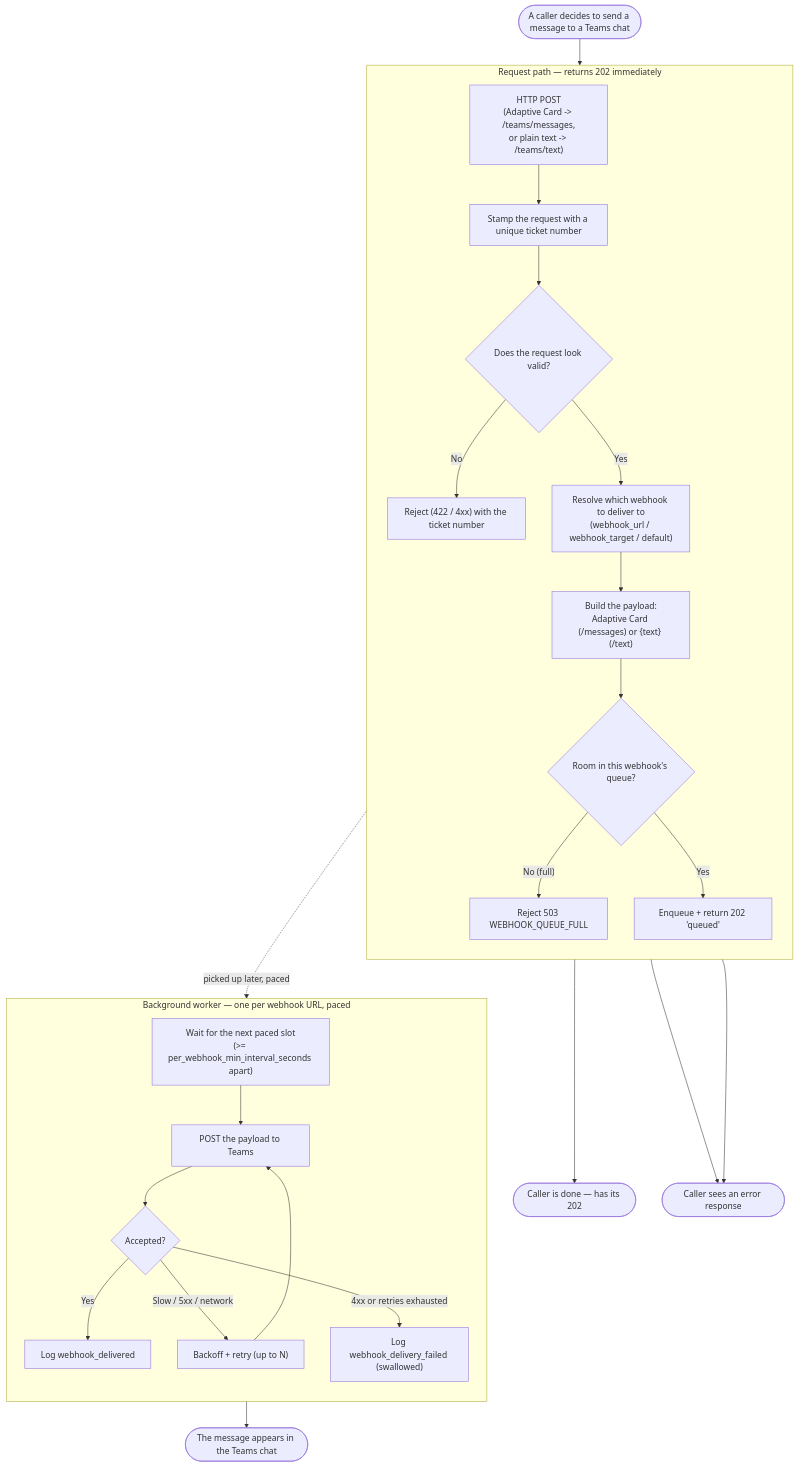
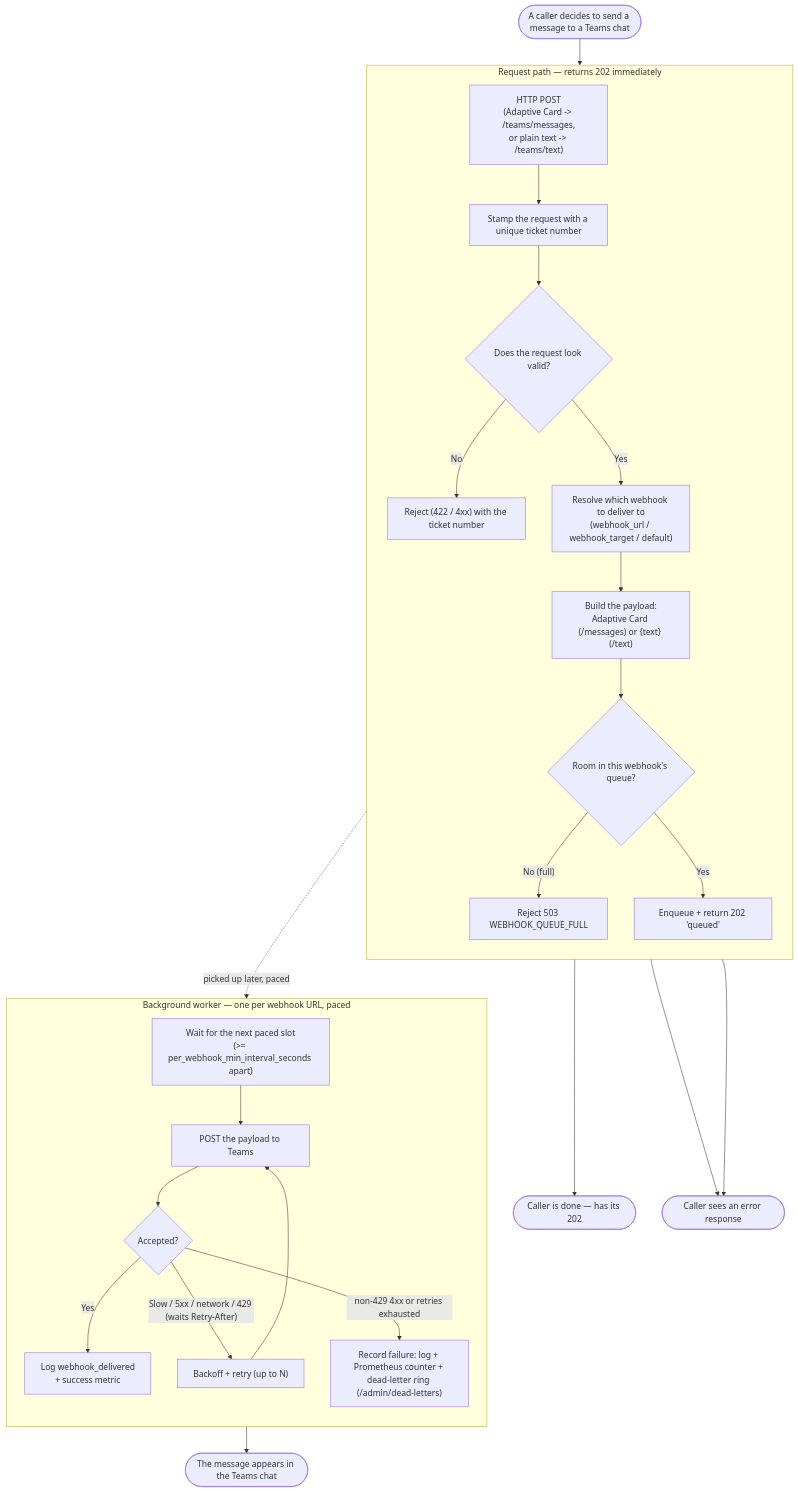
Before and after one commit to AnsImran/instant_messages_microservice: the first of 2 diagrams in README.md, drawn with Mermaid. The commit also changed other lines of this file, not shown here.

````diff
--- a/README.md
+++ b/README.md
@@ -20,35 +20,35 @@
 ```mermaid
 flowchart TD
     start(["A caller decides to send a message to a Teams chat"])
     start --> post["HTTP POST<br/>(Adaptive Card -> /teams/messages,<br/>or plain text -> /teams/text)"]
 
     subgraph service ["Request path — returns 202 immediately"]
       direction TB
       post   --> stamp["Stamp the request with a unique ticket number"]
       stamp  --> check{"Does the request look valid?"}
       check  -- "No" --> rejectBad["Reject (422 / 4xx) with the ticket number"]
       check  -- "Yes" --> pickWebhook["Resolve which webhook to deliver to<br/>(webhook_url / webhook_target / default)"]
       pickWebhook --> build["Build the payload:<br/>Adaptive Card (/messages) or {text} (/text)"]
       build  --> enqueue{"Room in this webhook's queue?"}
       enqueue -- "No (full)" --> q503["Reject 503 WEBHOOK_QUEUE_FULL"]
       enqueue -- "Yes" --> accepted["Enqueue + return 202 'queued'"]
     end
 
     accepted --> caller(["Caller is done — has its 202"])
 
     subgraph worker ["Background worker — one per webhook URL, paced"]
       direction TB
       slot["Wait for the next paced slot<br/>(>= per_webhook_min_interval_seconds apart)"]
       slot --> deliver["POST the payload to Teams"]
       deliver --> teamsAnswer{"Accepted?"}
-      teamsAnswer -- "Yes" --> logok["Log webhook_delivered"]
-      teamsAnswer -- "Slow / 5xx / network" --> retry["Backoff + retry (up to N)"]
+      teamsAnswer -- "Yes" --> logok["Log webhook_delivered<br/>+ success metric"]
+      teamsAnswer -- "Slow / 5xx / network / 429 (waits Retry-After)" --> retry["Backoff + retry (up to N)"]
       retry --> deliver
-      teamsAnswer -- "4xx or retries exhausted" --> logfail["Log webhook_delivery_failed (swallowed)"]
+      teamsAnswer -- "non-429 4xx or retries exhausted" --> logfail["Record failure: log + Prometheus counter + dead-letter ring (/admin/dead-letters)"]
     end
 
     accepted -. "picked up later, paced" .-> slot
     logok --> land(["The message appears in the Teams chat"])
     rejectBad --> sawError(["Caller sees an error response"])
     q503 --> sawError
 ```
````
